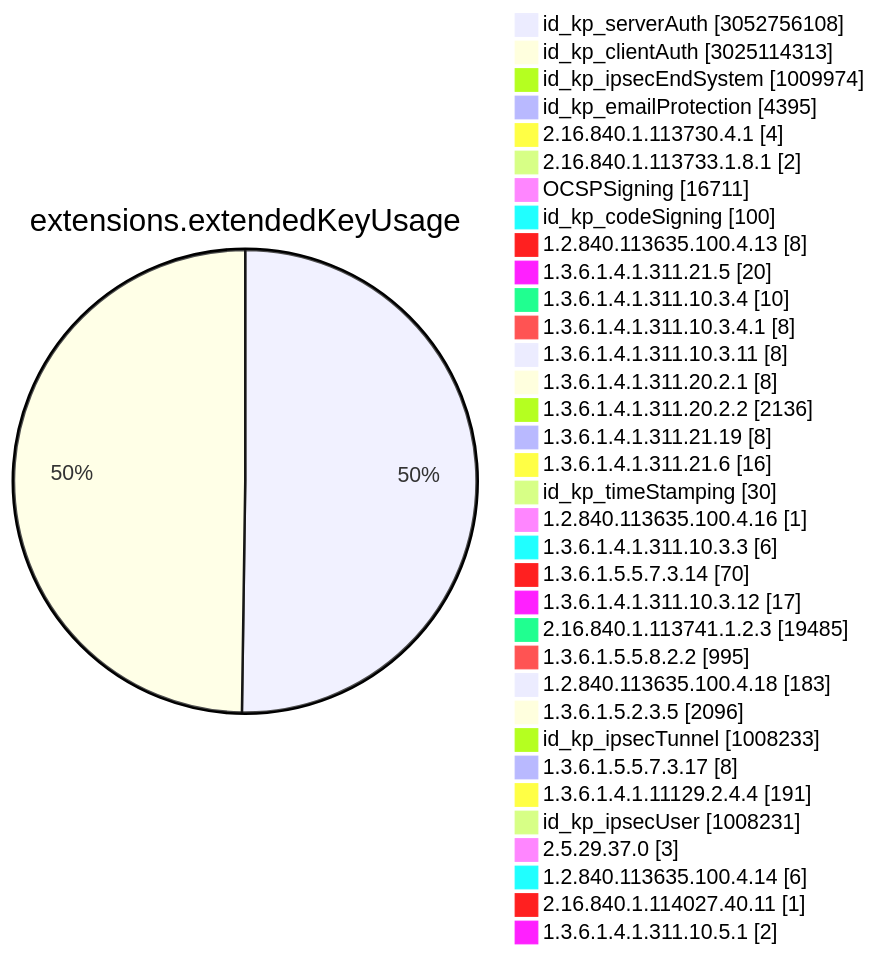
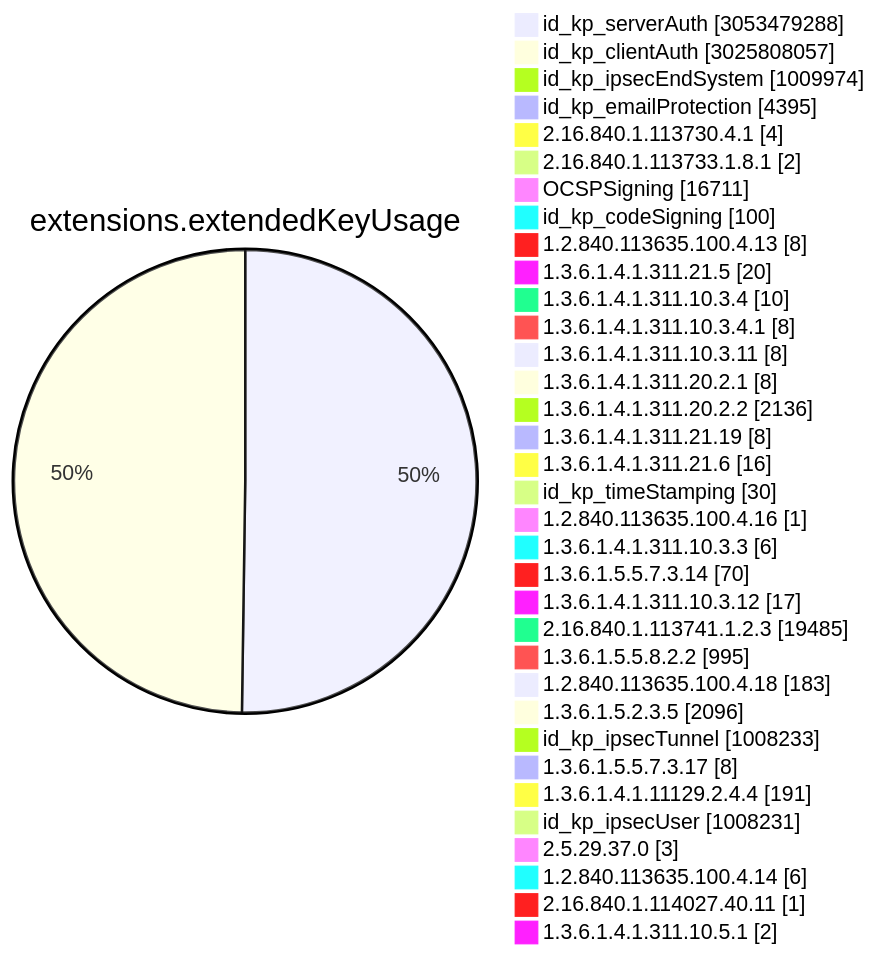
Before and after one commit to christiankrug/ctmonitor_visualization: diagram 11 of 15 in TOTAL/README.md, drawn with Mermaid. The commit also changed other lines of this file, not shown here.

````diff
--- a/TOTAL/README.md
+++ b/TOTAL/README.md
@@ -4118,38 +4118,38 @@
 ```mermaid
 pie showData
 title extensions.extendedKeyUsage
-"id_kp_serverAuth" :3052756108
-"id_kp_clientAuth" :3025114313
+"id_kp_serverAuth" :3053479288
+"id_kp_clientAuth" :3025808057
 "id_kp_ipsecEndSystem" :1009974
 "id_kp_emailProtection" :4395
 "2.16.840.1.113730.4.1" :4
 "2.16.840.1.113733.1.8.1" :2
 "OCSPSigning" :16711
 "id_kp_codeSigning" :100
 "1.2.840.113635.100.4.13" :8
 "1.3.6.1.4.1.311.21.5" :20
 "1.3.6.1.4.1.311.10.3.4" :10
 "1.3.6.1.4.1.311.10.3.4.1" :8
 "1.3.6.1.4.1.311.10.3.11" :8
 "1.3.6.1.4.1.311.20.2.1" :8
 "1.3.6.1.4.1.311.20.2.2" :2136
 "1.3.6.1.4.1.311.21.19" :8
 "1.3.6.1.4.1.311.21.6" :16
 "id_kp_timeStamping" :30
 "1.2.840.113635.100.4.16" :1
 "1.3.6.1.4.1.311.10.3.3" :6
 "1.3.6.1.5.5.7.3.14" :70
 "1.3.6.1.4.1.311.10.3.12" :17
 "2.16.840.1.113741.1.2.3" :19485
 "1.3.6.1.5.5.8.2.2" :995
 "1.2.840.113635.100.4.18" :183
 "1.3.6.1.5.2.3.5" :2096
 "id_kp_ipsecTunnel" :1008233
 "1.3.6.1.5.5.7.3.17" :8
 "1.3.6.1.4.1.11129.2.4.4" :191
 "id_kp_ipsecUser" :1008231
 "2.5.29.37.0" :3
 "1.2.840.113635.100.4.14" :6
 "2.16.840.1.114027.40.11" :1
 "1.3.6.1.4.1.311.10.5.1" :2
 ```
````
